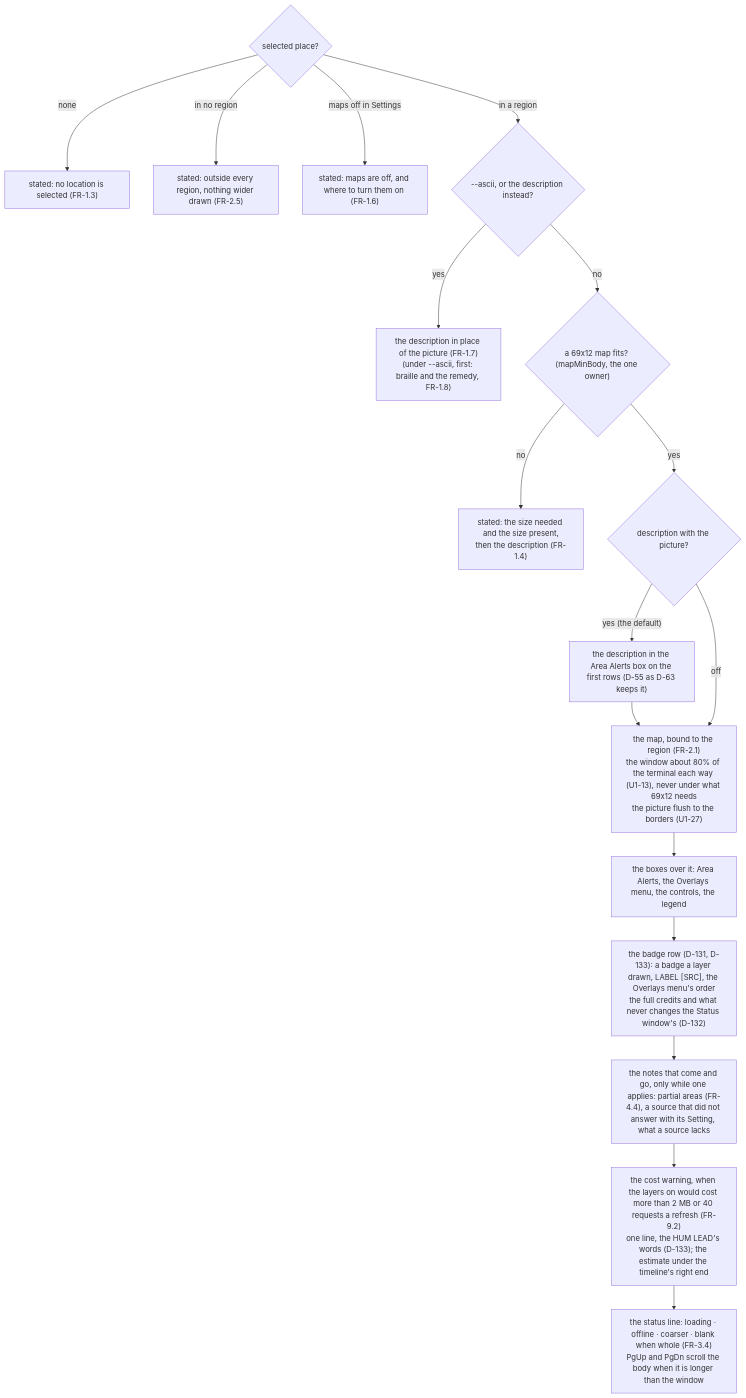
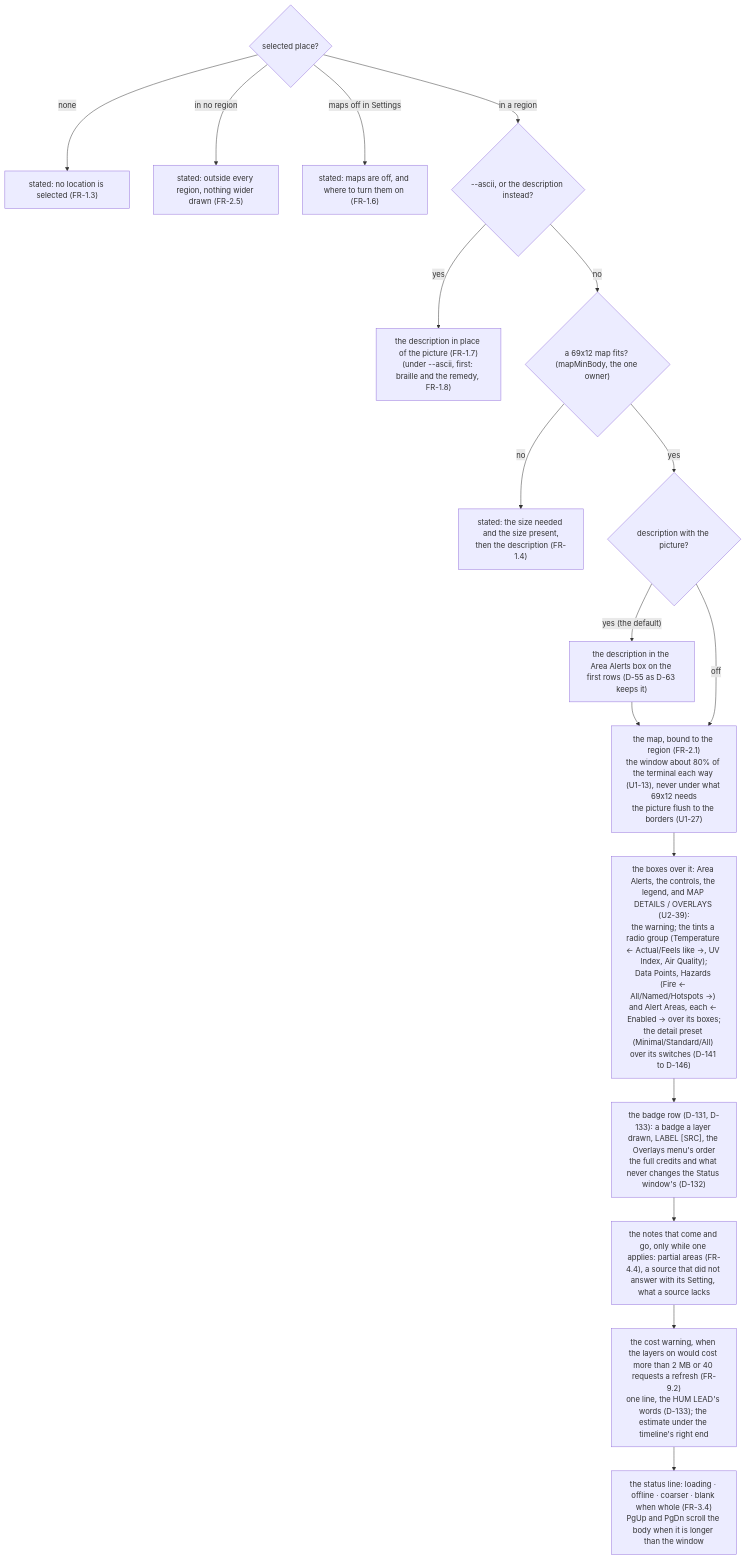
One commit to branden-thompson/watchpost changed the second of 6 diagrams in 06_docs/02_features/observer-maps/03-architecture-design/as-built-map.md. Above: the diagram before and after it, drawn with Mermaid. The commit also changed other lines of this file and 20 other files, not shown here.

````diff
--- a/06_docs/02_features/observer-maps/03-architecture-design/as-built-map.md
+++ b/06_docs/02_features/observer-maps/03-architecture-design/as-built-map.md
@@ -89,17 +89,17 @@
 ```mermaid
 flowchart TB
   S{"selected place?"} -- "none" --> N["stated: no location is selected (FR-1.3)"]
   S -- "in no region" --> O["stated: outside every region, nothing wider drawn (FR-2.5)"]
   S -- "maps off in Settings" --> OFF["stated: maps are off, and where to turn them on (FR-1.6)"]
   S -- "in a region" --> A{"--ascii, or the description instead?"}
   A -- "yes" --> T["the description in place of the picture (FR-1.7)\n(under --ascii, first: braille and the remedy, FR-1.8)"]
   A -- "no" --> F{"a 69x12 map fits? (mapMinBody, the one owner)"}
   F -- "no" --> FL["stated: the size needed and the size present,\nthen the description (FR-1.4)"]
   F -- "yes" --> DS{"description with the picture?"}
   DS -- "yes (the default)" --> D1["the description in the Area Alerts box on the first rows (D-55 as D-63 keeps it)"] --> M
   DS -- "off" --> M["the map, bound to the region (FR-2.1)\nthe window about 80% of the terminal each way (U1-13), never under what 69x12 needs\nthe picture flush to the borders (U1-27)"]
-  M --> BXS["the boxes over it: Area Alerts, the Overlays menu, the controls, the legend"] --> BG["the badge row (D-131, D-133): a badge a layer drawn, LABEL [SRC], the Overlays menu's order\nthe full credits and what never changes the Status window's (D-132)"]
+  M --> BXS["the boxes over it: Area Alerts, the controls, the legend, and MAP DETAILS / OVERLAYS (U2-39):\nthe warning; the tints a radio group (Temperature ← Actual/Feels like →, UV Index, Air Quality);\nData Points, Hazards (Fire ← All/Named/Hotspots →) and Alert Areas, each ← Enabled → over its boxes;\nthe detail preset (Minimal/Standard/All) over its switches (D-141 to D-146)"] --> BG["the badge row (D-131, D-133): a badge a layer drawn, LABEL [SRC], the Overlays menu's order\nthe full credits and what never changes the Status window's (D-132)"]
   BG --> NT["the notes that come and go, only while one applies: partial areas (FR-4.4), a source that did not answer with its Setting, what a source lacks"]
   NT --> CW["the cost warning, when the layers on would cost more than 2 MB or 40 requests a refresh (FR-9.2)\none line, the HUM LEAD's words (D-133); the estimate under the timeline's right end"]
   CW --> ST["the status line: loading · offline · coarser · blank when whole (FR-3.4)\nPgUp and PgDn scroll the body when it is longer than the window"]
 ```
````
